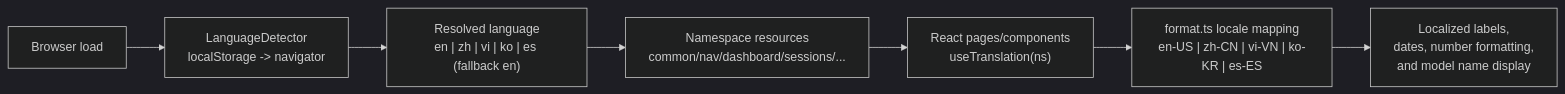
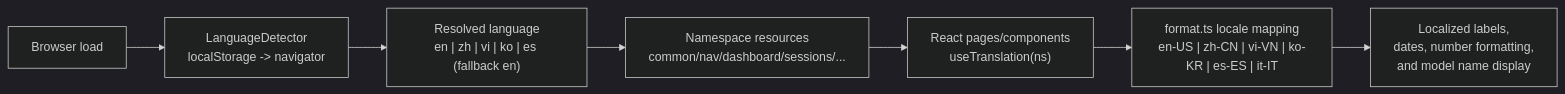
One commit to NikoAuso/Claude-Code-Agent-Monitor changed diagram 12 of 45 in ARCHITECTURE.md. Above: the diagram before and after it, drawn with Mermaid (dark theme). The commit also changed other lines of this file and 53 other files, not shown here.

````diff
--- a/ARCHITECTURE.md
+++ b/ARCHITECTURE.md
@@ -781,9 +781,9 @@
 ```mermaid
 flowchart LR
     A["Browser load"] --> B["LanguageDetector<br/>localStorage -> navigator"]
     B --> C["Resolved language<br/>en | zh | vi | ko | es (fallback en)"]
     C --> D["Namespace resources<br/>common/nav/dashboard/sessions/..."]
     D --> E["React pages/components<br/>useTranslation(ns)"]
-    E --> F["format.ts locale mapping<br/>en-US | zh-CN | vi-VN | ko-KR | es-ES"]
+    E --> F["format.ts locale mapping<br/>en-US | zh-CN | vi-VN | ko-KR | es-ES | it-IT"]
     F --> G["Localized labels,<br/>dates, number formatting,<br/>and model name display"]
 ```
````
